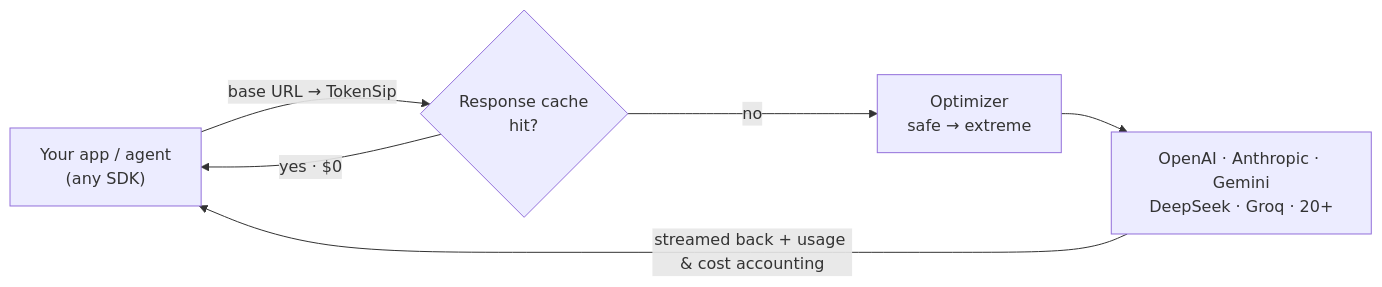
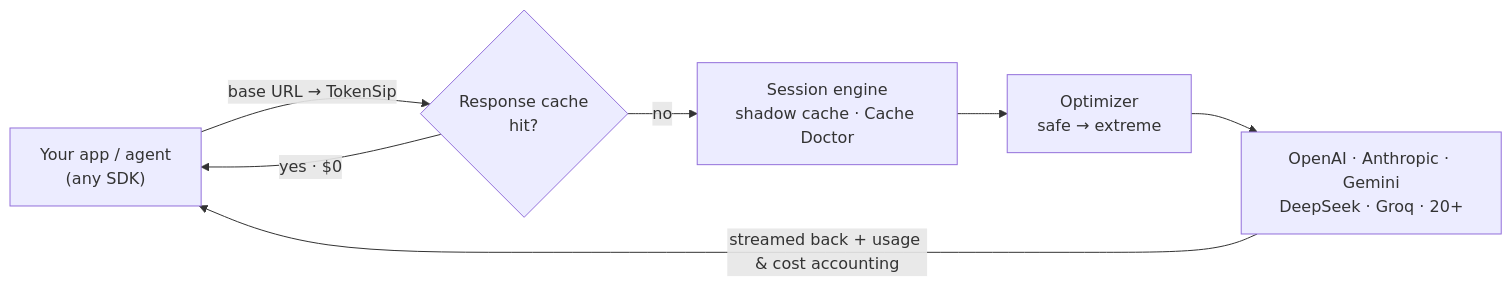
The diagram in README.md (IMRX44/tokensip), drawn with Mermaid before and after one commit. The commit also changed other lines of this file and 36 other files, not shown here.

First line of the commit message:
feat: tokensip 2.0 — simulator CLI, faster session engine, docs

````diff
--- a/README.md
+++ b/README.md
@@ -112,8 +153,9 @@
 ```mermaid
 flowchart LR
     A["Your app / agent<br/>(any SDK)"] -->|"base URL → TokenSip"| B{"Response cache<br/>hit?"}
     B -- "yes · $0" --> A
-    B -- no --> C["Optimizer<br/>safe → extreme"]
+    B -- no --> S["Session engine<br/>shadow cache · Cache Doctor"]
+    S --> C["Optimizer<br/>safe → extreme"]
     C --> D["OpenAI · Anthropic · Gemini<br/>DeepSeek · Groq · 20+"]
     D -->|"streamed back + usage & cost accounting"| A
 ```
````
